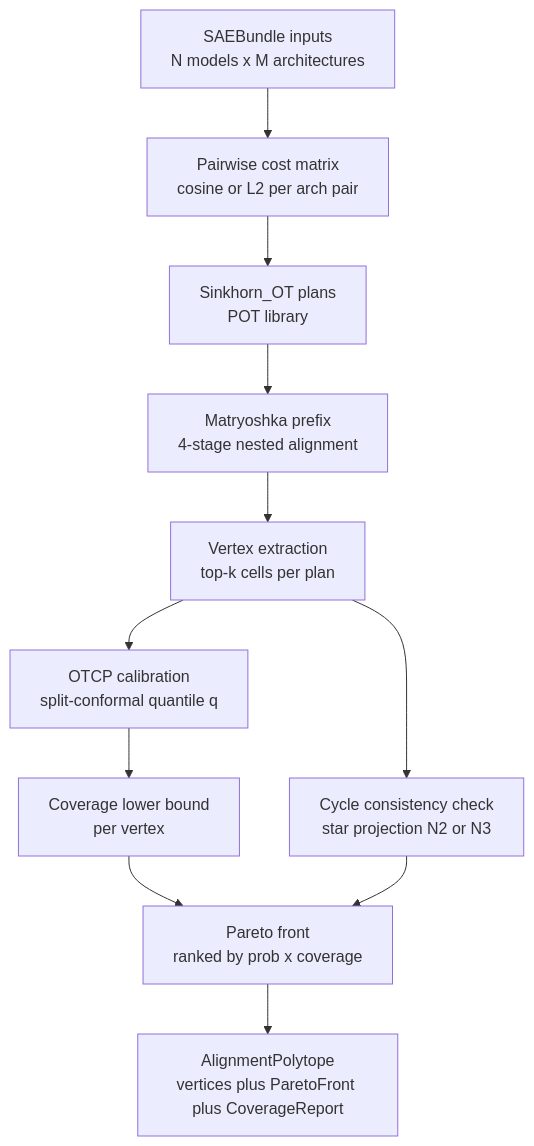
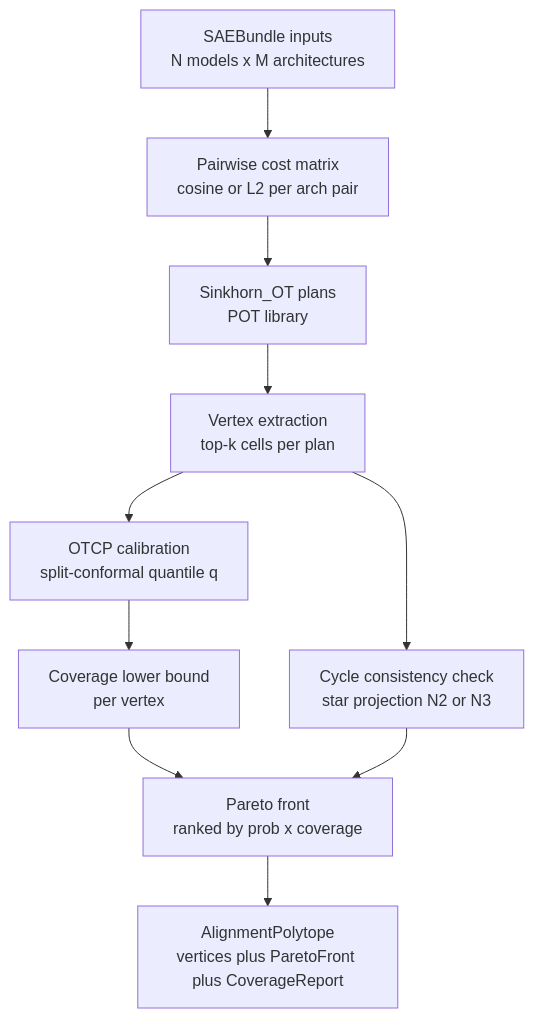
One commit to hinanohart/polyalign changed the diagram in README.md. Above: the diagram before and after it, drawn with Mermaid. The commit also changed other lines of this file, not shown here.

Commit message:
docs: QA fix (rendering/content)

````diff
--- a/README.md
+++ b/README.md
@@ -15,13 +15,12 @@
 ```mermaid
 flowchart TD
     A[SAEBundle inputs\nN models x M architectures] --> B[Pairwise cost matrix\ncosine or L2 per arch pair]
     B --> C[Sinkhorn_OT plans\nPOT library]
-    C --> D[Matryoshka prefix\n4-stage nested alignment]
-    D --> E[Vertex extraction\ntop-k cells per plan]
+    C --> E[Vertex extraction\ntop-k cells per plan]
     E --> F[OTCP calibration\nsplit-conformal quantile q]
     F --> G[Coverage lower bound\nper vertex]
     E --> H[Cycle consistency check\nstar projection N2 or N3]
     G --> I[Pareto front\nranked by prob x coverage]
     H --> I
     I --> J[AlignmentPolytope\nvertices plus ParetoFront plus CoverageReport]
 ```
````
